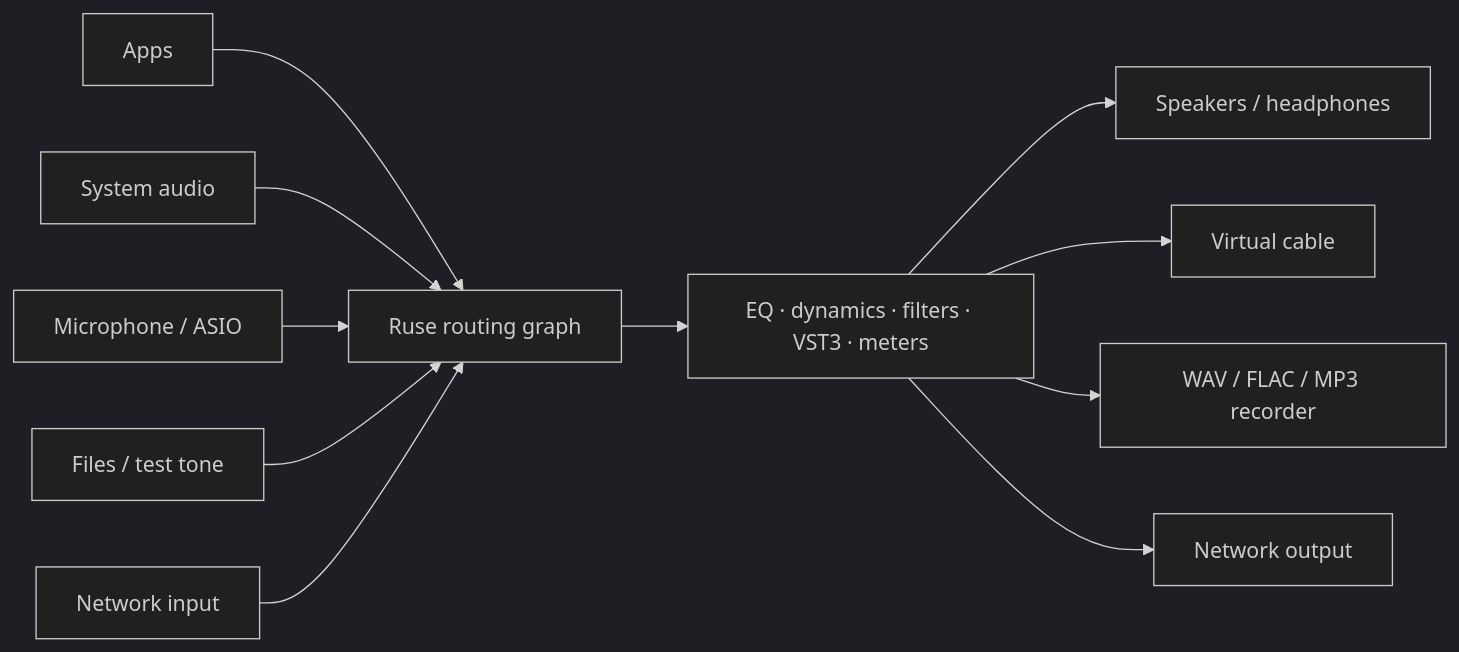
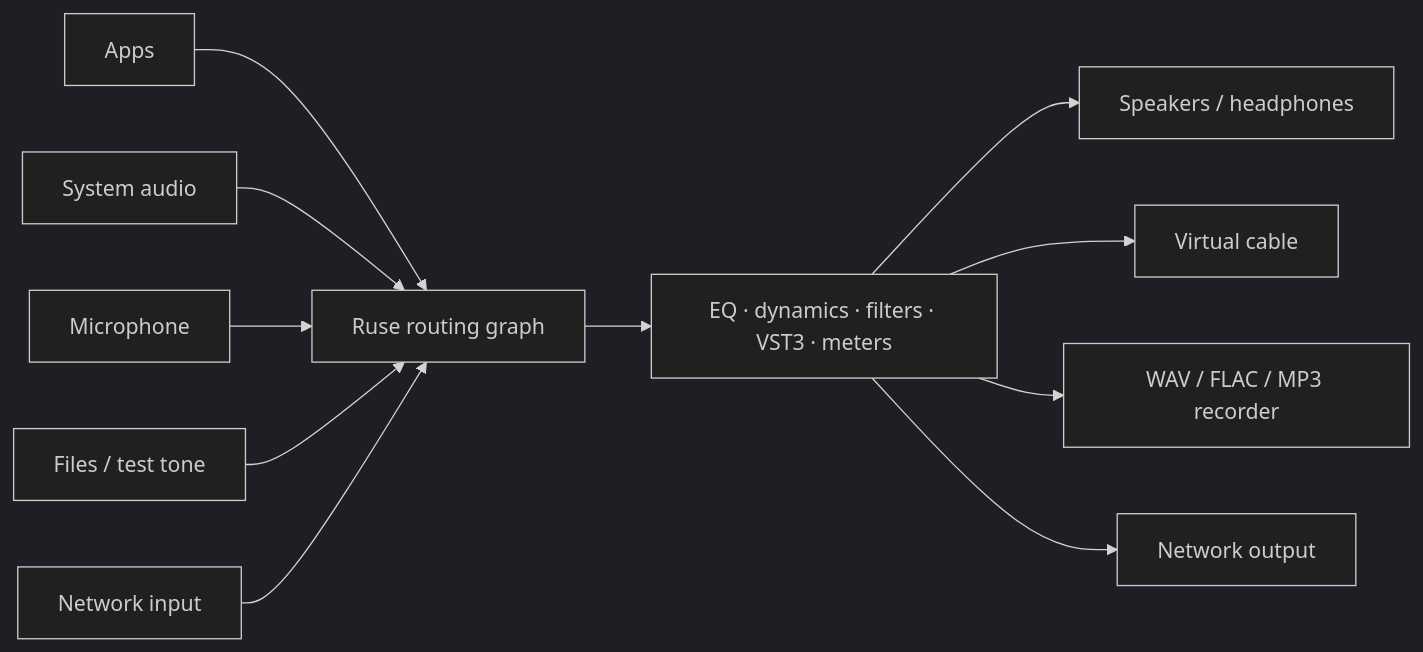
The diagram in README.md (fer-RR/ruse), drawn with Mermaid (dark theme) before and after one commit. The commit also changed other lines of this file and 80 other files, not shown here.

Commit message:
Add audio hardening, VST3 shared transport, timeline and UI improvements; bump 0.9.4

````diff
--- a/README.md
+++ b/README.md
@@ -65,13 +65,13 @@
 ```mermaid
 flowchart LR
     A[Apps] --> G[Ruse routing graph]
     B[System audio] --> G
-    C[Microphone / ASIO] --> G
+    C[Microphone] --> G
     D[Files / test tone] --> G
     E[Network input] --> G
     G --> F[EQ · dynamics · filters · VST3 · meters]
     F --> H[Speakers / headphones]
     F --> I[Virtual cable]
     F --> J[WAV / FLAC / MP3 recorder]
     F --> K[Network output]
 ```
````
